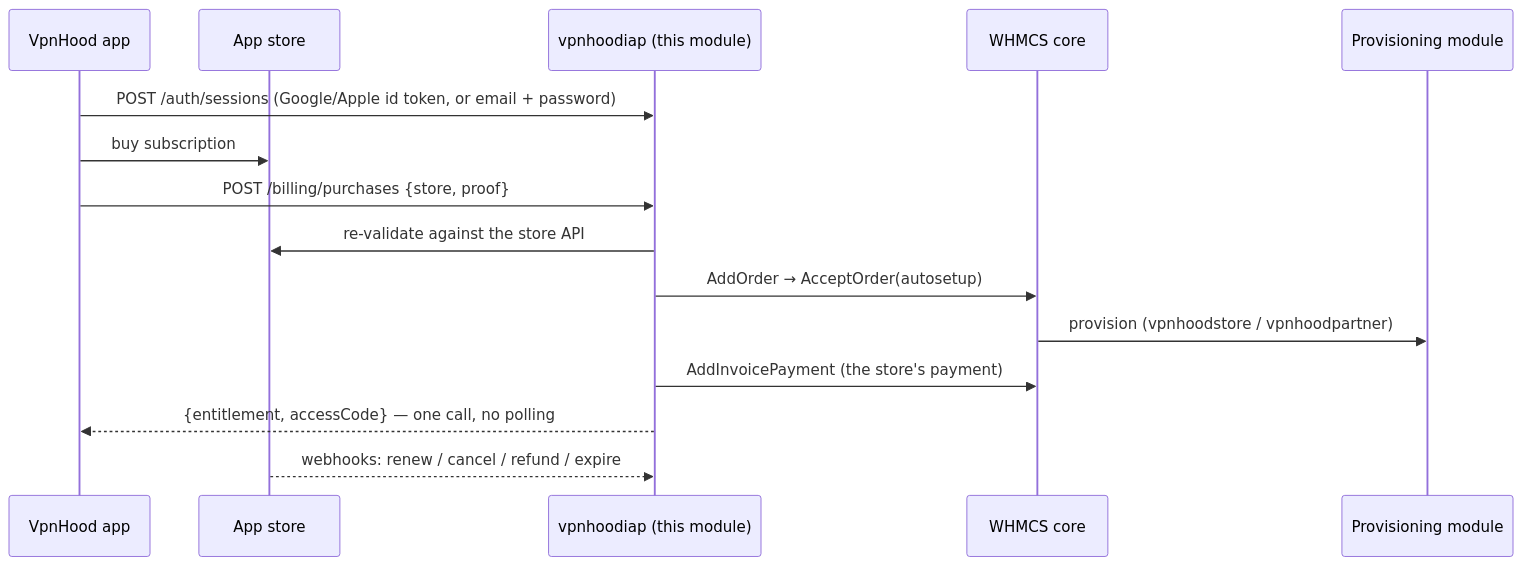
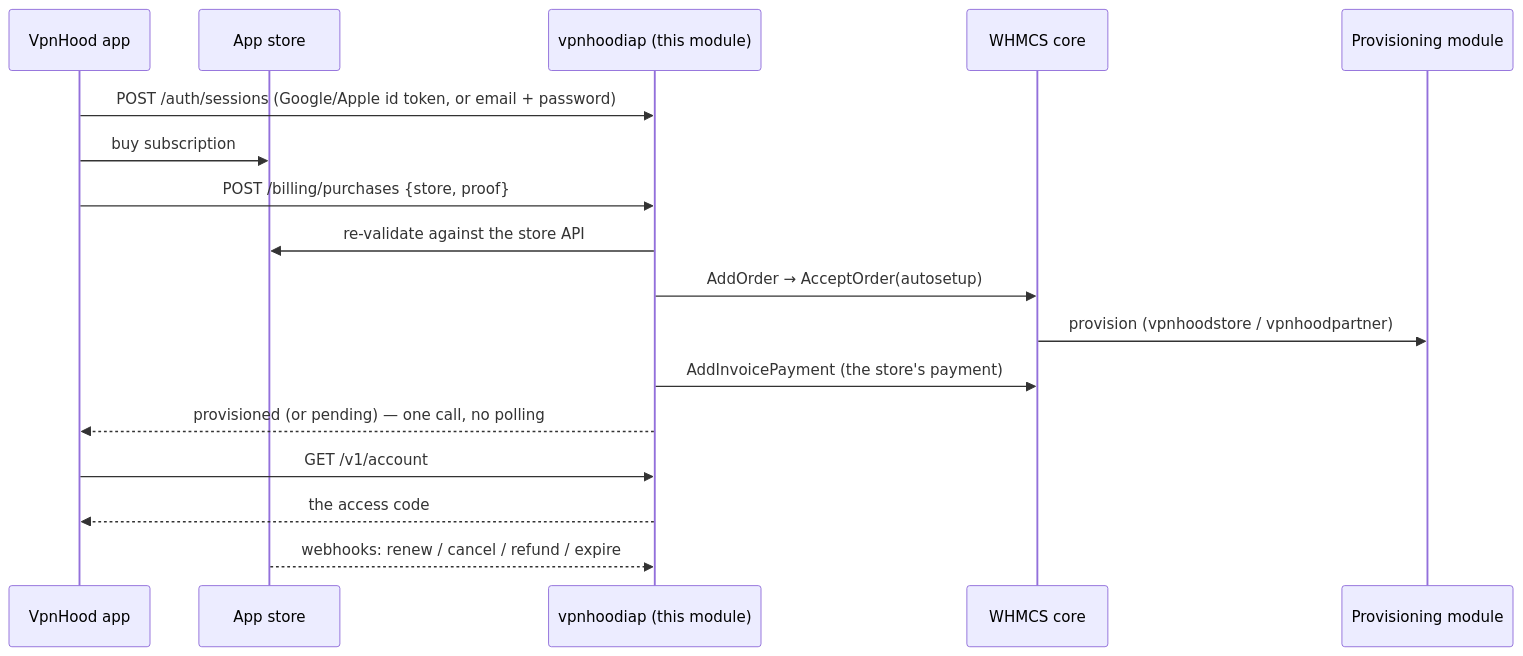
One commit to vpnhood/VpnHood.WHMCS.Iap changed the diagram in README.md. Above: the diagram before and after it, drawn with Mermaid. The commit also changed other lines of this file and 6 other files, not shown here.

````diff
--- a/README.md
+++ b/README.md
@@ -13,18 +13,20 @@
 ```mermaid
 sequenceDiagram
     participant App as VpnHood app
     participant Store as App store
     participant Iap as vpnhoodiap (this module)
     participant WHMCS as WHMCS core
     participant Prov as Provisioning module
 
     App->>Iap: POST /auth/sessions (Google/Apple id token, or email + password)
     App->>Store: buy subscription
     App->>Iap: POST /billing/purchases {store, proof}
     Iap->>Store: re-validate against the store API
     Iap->>WHMCS: AddOrder → AcceptOrder(autosetup)
     WHMCS->>Prov: provision (vpnhoodstore / vpnhoodpartner)
     Iap->>WHMCS: AddInvoicePayment (the store's payment)
-    Iap-->>App: {entitlement, accessCode} — one call, no polling
+    Iap-->>App: provisioned (or pending) — one call, no polling
+    App->>Iap: GET /v1/account
+    Iap-->>App: the access code
     Store-->>Iap: webhooks: renew / cancel / refund / expire
 ```
````
